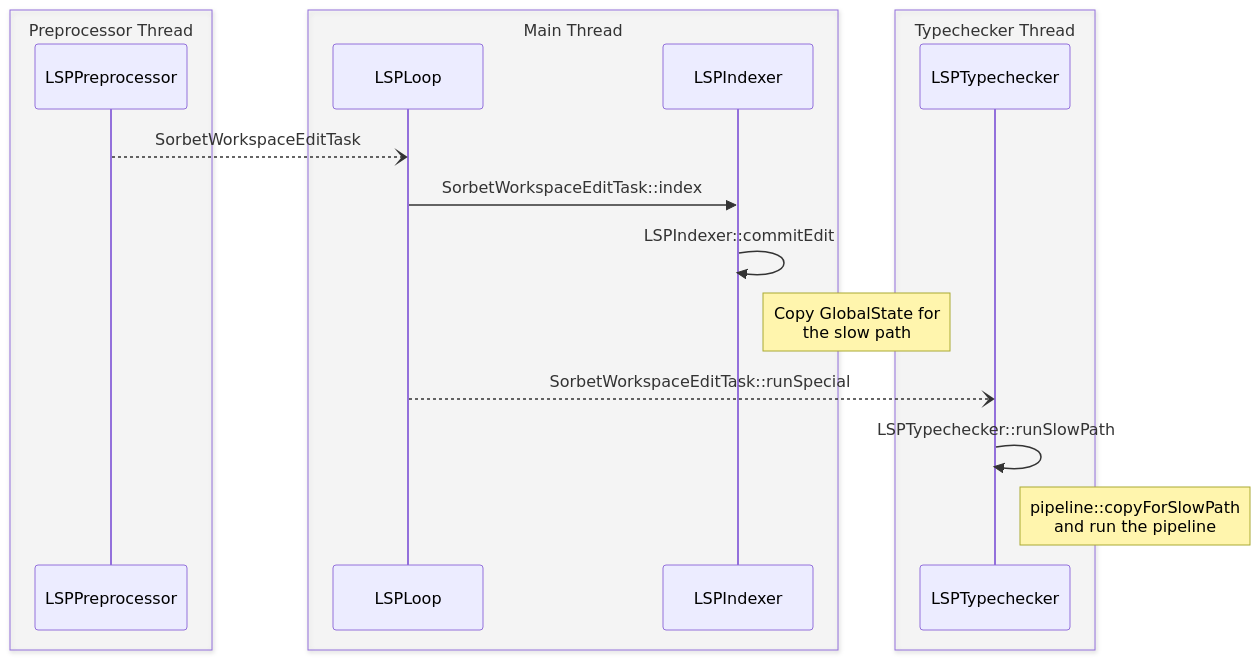
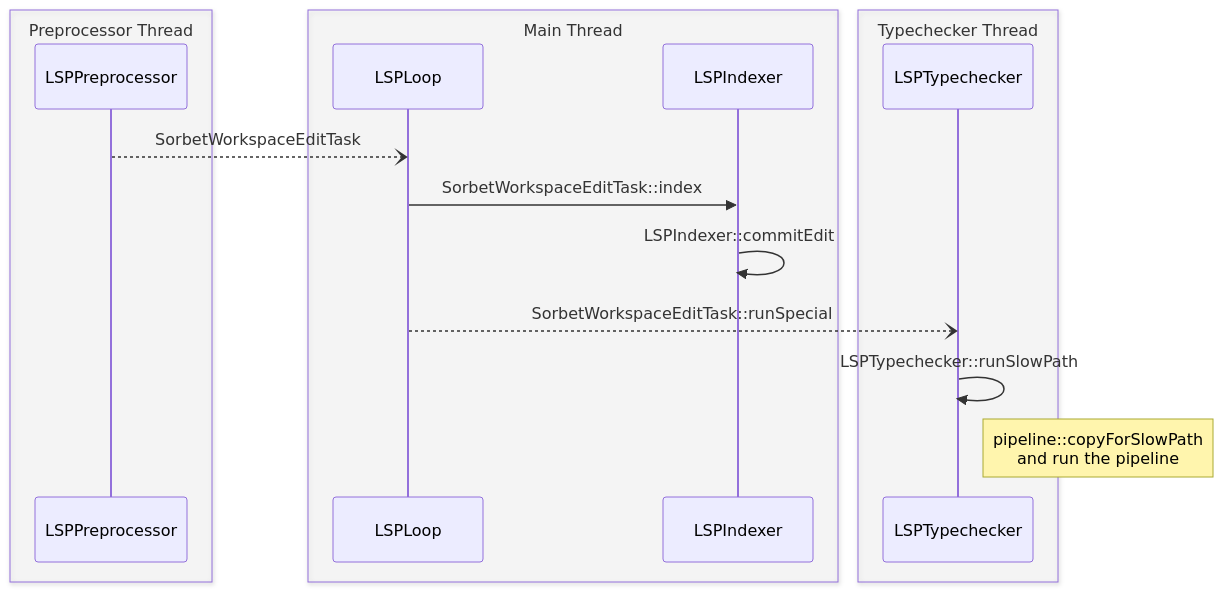
One commit to sorbet/sorbet changed the second of 2 diagrams in docs/lsp.md. Above: the diagram before and after it, drawn with Mermaid.

Commit message:
Remove unnecessary note

````diff
--- a/docs/lsp.md
+++ b/docs/lsp.md
@@ -68,21 +68,20 @@
 ```mermaid
 sequenceDiagram
   box rgba(255,255,255,0.2) Preprocessor Thread
   participant LSPPreprocessor
   end
   box rgba(255,255,255,0.2) Main Thread
   participant LSPLoop
   participant LSPIndexer
   end
   box rgba(255,255,255,0.2) Typechecker Thread
   participant LSPTypechecker
   end
 
   LSPPreprocessor --) LSPLoop: SorbetWorkspaceEditTask
   LSPLoop ->> LSPIndexer: SorbetWorkspaceEditTask::index
   LSPIndexer ->> LSPIndexer: LSPIndexer::commitEdit
-  Note right of LSPIndexer: Copy GlobalState for<br/>the slow path
   LSPLoop --) LSPTypechecker: SorbetWorkspaceEditTask::runSpecial
   LSPTypechecker ->> LSPTypechecker: LSPTypechecker::runSlowPath
   Note right of LSPTypechecker: pipeline::copyForSlowPath<br/>and run the pipeline
 ```
````
